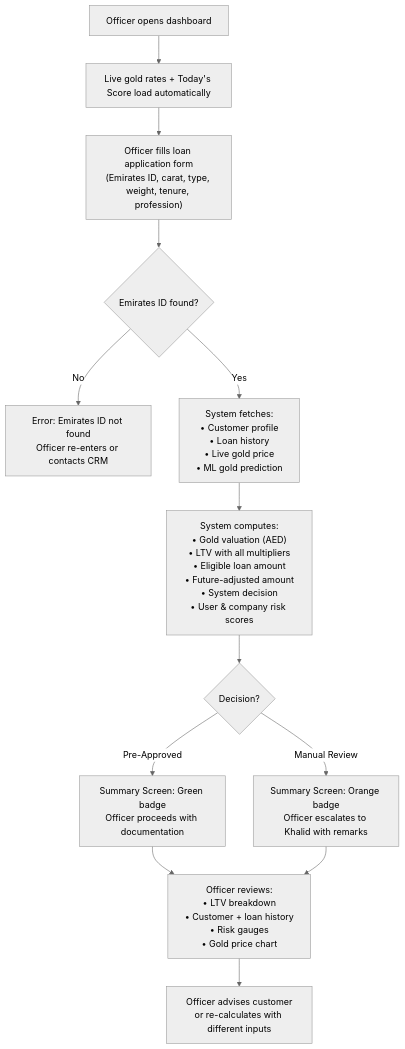
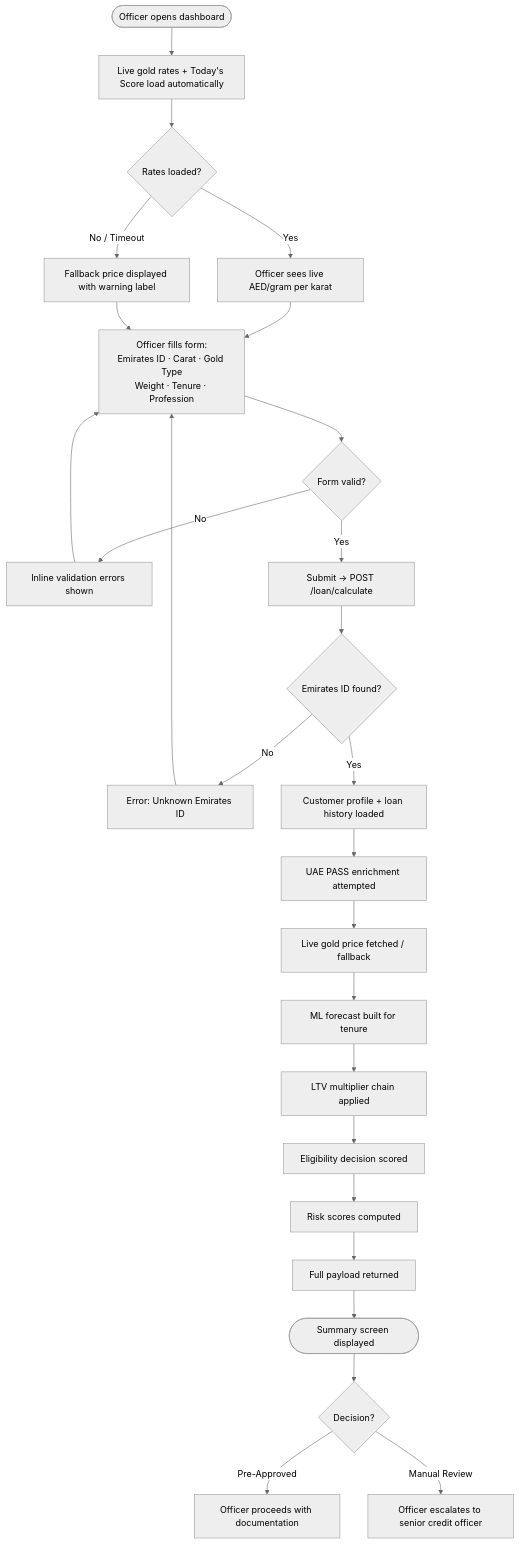
Before and after one commit to ManishKhulbe/GOLD-LTV-AI-calculator: the first of 2 diagrams in docs/PRD.md, drawn with Mermaid (neutral theme). The commit also changed other lines of this file and 9 other files, not shown here.

````diff
--- a/docs/PRD.md
+++ b/docs/PRD.md
@@ -128,15 +262,28 @@
 ```mermaid
 flowchart TD
-    A["Officer opens dashboard"] --> B["Live gold rates + Today's Score load automatically"]
-    B --> C["Officer fills loan application form\n(Emirates ID, carat, type, weight, tenure, profession)"]
-    C --> D{"Emirates ID found?"}
-    D -->|"No"| E["Error: Emirates ID not found\nOfficer re-enters or contacts CRM"]
-    D -->|"Yes"| F["System fetches:\n• Customer profile\n• Loan history\n• Live gold price\n• ML gold prediction"]
-    F --> G["System computes:\n• Gold valuation (AED)\n• LTV with all multipliers\n• Eligible loan amount\n• Future-adjusted amount\n• System decision\n• User & company risk scores"]
-    G --> H{"Decision?"}
-    H -->|"Pre-Approved"| I["Summary Screen: Green badge\nOfficer proceeds with documentation"]
-    H -->|"Manual Review"| J["Summary Screen: Orange badge\nOfficer escalates to Khalid with remarks"]
-    I --> K["Officer reviews:\n• LTV breakdown\n• Customer + loan history\n• Risk gauges\n• Gold price chart"]
-    J --> K
-    K --> L["Officer advises customer\nor re-calculates with different inputs"]
+    A([Officer opens dashboard]) --> B[Live gold rates + Today's Score load automatically]
+    B --> C{Rates loaded?}
+    C -- Yes --> D[Officer sees live AED/gram per karat]
+    C -- No / Timeout --> E[Fallback price displayed with warning label]
+    D --> F[Officer fills form:\nEmirates ID · Carat · Gold Type\nWeight · Tenure · Profession]
+    E --> F
+    F --> G{Form valid?}
+    G -- No --> H[Inline validation errors shown]
+    H --> F
+    G -- Yes --> I[Submit → POST /loan/calculate]
+    I --> J{Emirates ID found?}
+    J -- No --> K[Error: Unknown Emirates ID]
+    K --> F
+    J -- Yes --> L[Customer profile + loan history loaded]
+    L --> M[UAE PASS enrichment attempted]
+    M --> N[Live gold price fetched / fallback]
+    N --> O[ML forecast built for tenure]
+    O --> P[LTV multiplier chain applied]
+    P --> Q[Eligibility decision scored]
+    Q --> R[Risk scores computed]
+    R --> S[Full payload returned]
+    S --> T([Summary screen displayed])
+    T --> U{Decision?}
+    U -- Pre-Approved --> V[Officer proceeds with documentation]
+    U -- Manual Review --> W[Officer escalates to senior credit officer]
 ```
````
